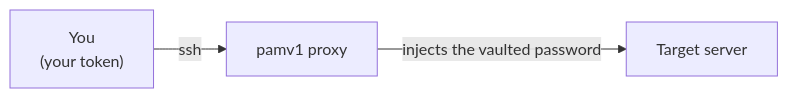
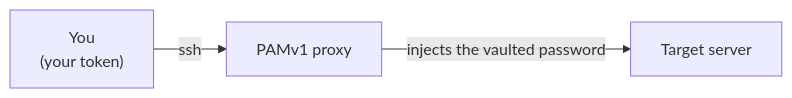
One commit to morandeirachema/PAMv1 changed the diagram in docs/USER-GUIDE.md. Above: the diagram before and after it, drawn with Mermaid. The commit also changed other lines of this file and 164 other files, not shown here.

````diff
--- a/docs/USER-GUIDE.md
+++ b/docs/USER-GUIDE.md
@@ -25,5 +25,5 @@
 ```mermaid
 flowchart LR
-    YOU["You<br/>(your token)"] -->|"ssh"| PAM["pamv1 proxy"]
+    YOU["You<br/>(your token)"] -->|"ssh"| PAM["PAMv1 proxy"]
     PAM -->|"injects the vaulted password"| TARGET["Target server"]
 ```
````
